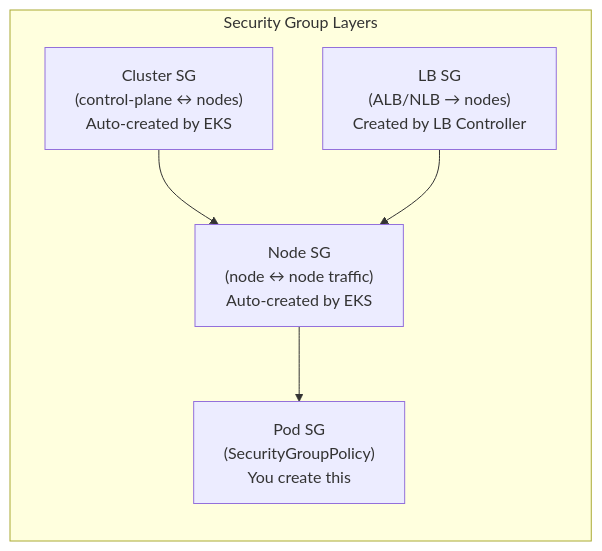
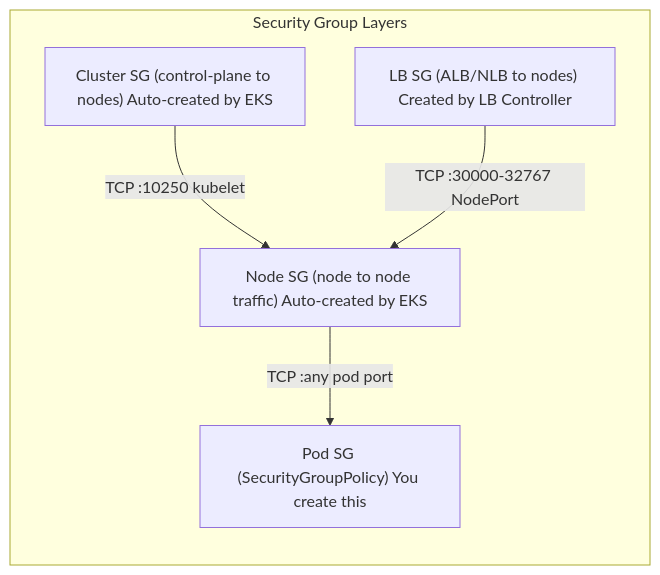
The third of 4 diagrams in lessons/30-aws-vpc-design.md (MykolaLebid/Kubernetes_networking_engineering), drawn with Mermaid before and after one commit. The commit also changed other lines of this file and 35 other files, not shown here.

First line of the commit message:
Restructure all 34 lessons: Theory/Practice split, richer diagrams, industry examples, navigation

````diff
--- a/lessons/30-aws-vpc-design.md
+++ b/lessons/30-aws-vpc-design.md
@@ -240,12 +222,12 @@
 ```mermaid
 flowchart LR
     subgraph SGs["Security Group Layers"]
-        CLUSTERSG["Cluster SG\n(control-plane ↔ nodes)\nAuto-created by EKS"]
-        NODESG["Node SG\n(node ↔ node traffic)\nAuto-created by EKS"]
-        PODSG["Pod SG\n(SecurityGroupPolicy)\nYou create this"]
-        LBSG["LB SG\n(ALB/NLB → nodes)\nCreated by LB Controller"]
+        CLUSTERSG["Cluster SG (control-plane to nodes) Auto-created by EKS"]
+        NODESG["Node SG (node to node traffic) Auto-created by EKS"]
+        PODSG["Pod SG (SecurityGroupPolicy) You create this"]
+        LBSG["LB SG (ALB/NLB to nodes) Created by LB Controller"]
     end
-    CLUSTERSG --> NODESG
-    NODESG --> PODSG
-    LBSG --> NODESG
+    CLUSTERSG --"TCP :10250 kubelet"--> NODESG
+    NODESG --"TCP :any pod port"--> PODSG
+    LBSG --"TCP :30000-32767 NodePort"--> NODESG
 ```
````
